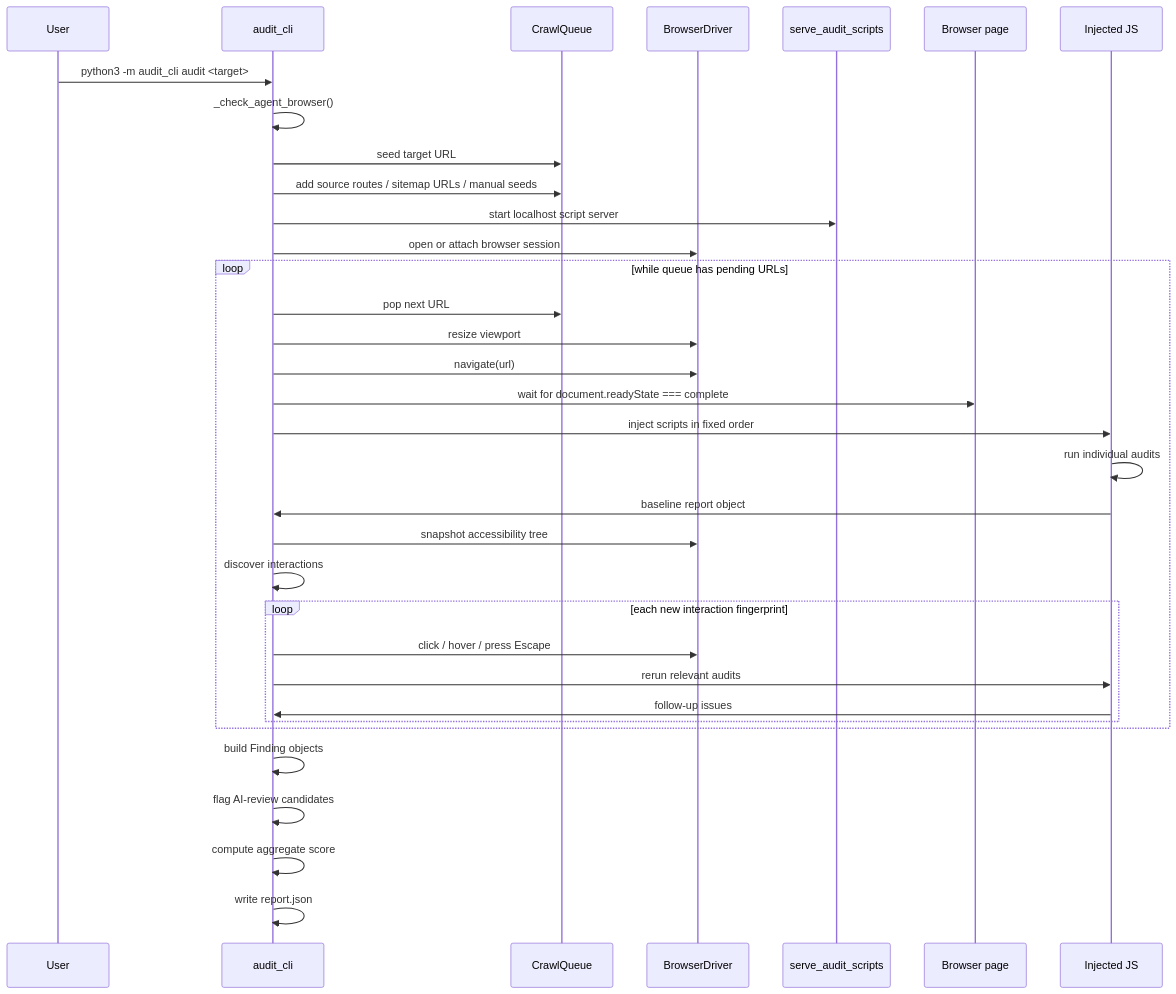
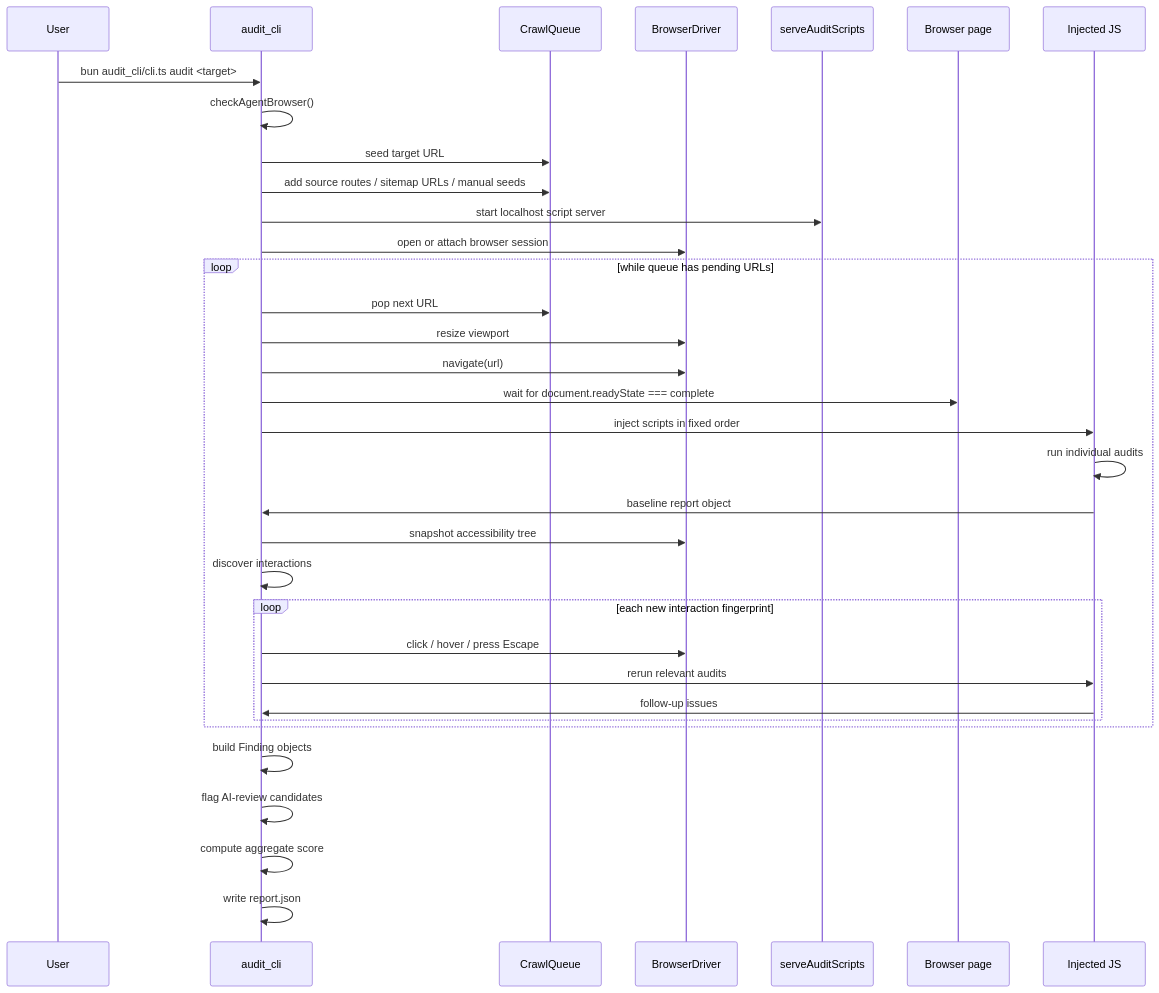
One commit to alvis/.agent changed the second of 3 diagrams in plugins/web/skills/audit/references/architecture.md. Above: the diagram before and after it, drawn with Mermaid. The commit also changed other lines of this file and 66 other files, not shown here.

Commit message:
refactor(web): migrate audit CLI to TypeScript

````diff
--- a/plugins/web/skills/audit/references/architecture.md
+++ b/plugins/web/skills/audit/references/architecture.md
@@ -53,40 +53,40 @@
 ```mermaid
 sequenceDiagram
     participant User
     participant CLI as audit_cli
     participant Queue as CrawlQueue
     participant Driver as BrowserDriver
-    participant Server as serve_audit_scripts
+    participant Server as serveAuditScripts
     participant Page as Browser page
     participant JS as Injected JS
 
-    User->>CLI: python3 -m audit_cli audit <target>
-    CLI->>CLI: _check_agent_browser()
+    User->>CLI: bun audit_cli/cli.ts audit <target>
+    CLI->>CLI: checkAgentBrowser()
     CLI->>Queue: seed target URL
     CLI->>Queue: add source routes / sitemap URLs / manual seeds
     CLI->>Server: start localhost script server
     CLI->>Driver: open or attach browser session
 
     loop while queue has pending URLs
         CLI->>Queue: pop next URL
         CLI->>Driver: resize viewport
         CLI->>Driver: navigate(url)
         CLI->>Page: wait for document.readyState === complete
         CLI->>JS: inject scripts in fixed order
         JS->>JS: run individual audits
         JS->>CLI: baseline report object
 
         CLI->>Driver: snapshot accessibility tree
         CLI->>CLI: discover interactions
         loop each new interaction fingerprint
             CLI->>Driver: click / hover / press Escape
             CLI->>JS: rerun relevant audits
             JS->>CLI: follow-up issues
         end
     end
 
     CLI->>CLI: build Finding objects
     CLI->>CLI: flag AI-review candidates
     CLI->>CLI: compute aggregate score
     CLI->>CLI: write report.json
 ```
````
